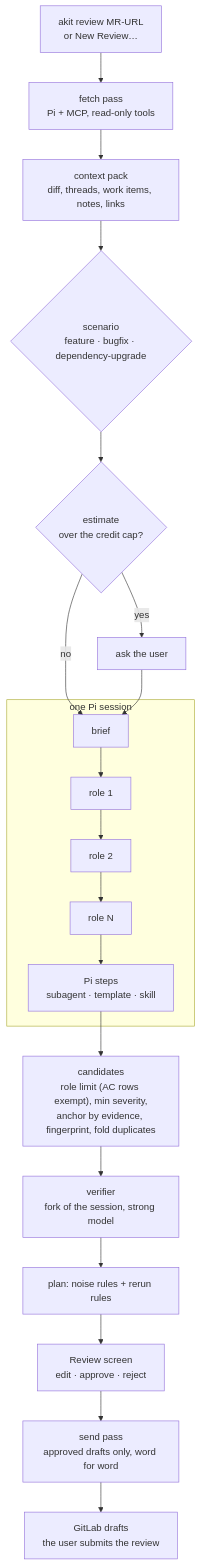
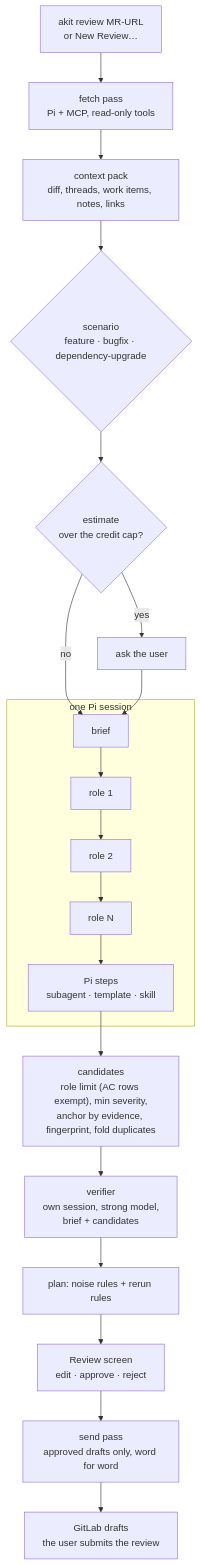
Before and after one commit to Stanislavussov/akit: the first of 2 diagrams in docs/design/review.md, drawn with Mermaid. The commit also changed other lines of this file and 14 other files, not shown here.

First line of the commit message:
Run the verifier in its own session and drop the nitpicks switch

````diff
--- a/docs/design/review.md
+++ b/docs/design/review.md
@@ -366,20 +371,20 @@
 ```mermaid
 flowchart TD
     A["akit review MR-URL<br/>or New Review…"] --> F["fetch pass<br/>Pi + MCP, read-only tools"]
     F --> C["context pack<br/>diff, threads, work items, notes, links"]
     C --> S{"scenario<br/>feature · bugfix · dependency-upgrade"}
     S --> E{"estimate<br/>over the credit cap?"}
     E -- "yes" --> Q["ask the user"]
     E -- "no" --> B
     Q --> B
     subgraph P ["one Pi session"]
         B["brief"] --> R1["role 1"] --> R2["role 2"] --> RN["role N"]
         RN --> ST["Pi steps<br/>subagent · template · skill"]
     end
     ST --> K["candidates<br/>role limit (AC rows exempt), min severity,<br/>anchor by evidence, fingerprint, fold duplicates"]
-    K --> V["verifier<br/>fork of the session, strong model"]
+    K --> V["verifier<br/>own session, strong model,<br/>brief + candidates"]
     V --> PL["plan: noise rules + rerun rules"]
     PL --> UI["Review screen<br/>edit · approve · reject"]
     UI --> SD["send pass<br/>approved drafts only, word for word"]
     SD --> GL["GitLab drafts<br/>the user submits the review"]
 ```
````
